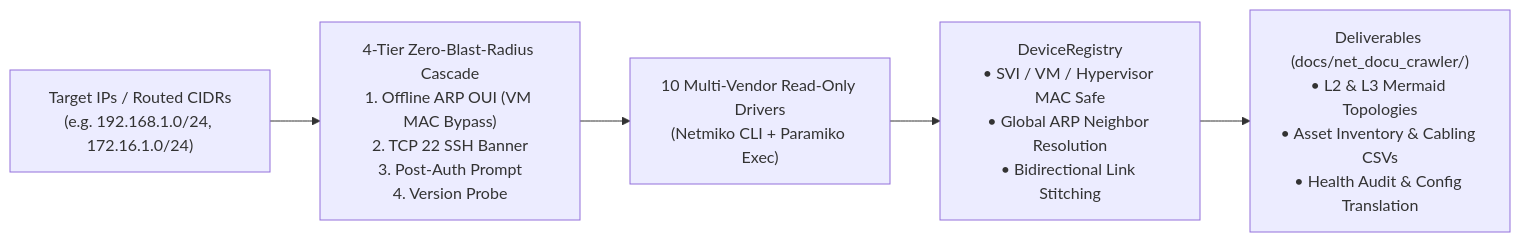
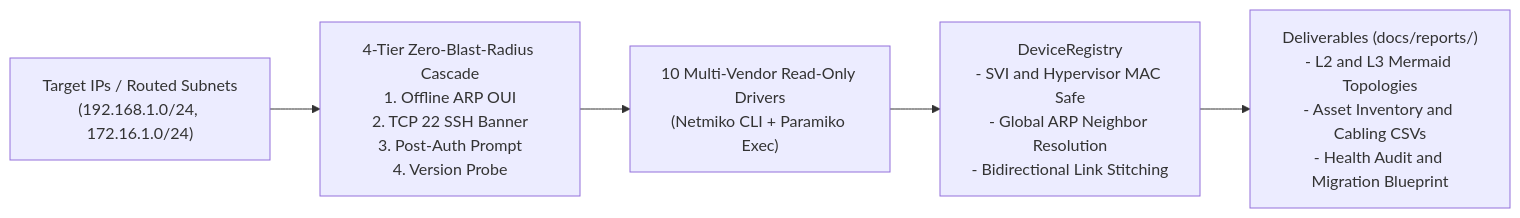
One commit to leifdavisson/net-docu-crawler changed the diagram in README.md. Above: the diagram before and after it, drawn with Mermaid. The commit also changed other lines of this file and 11 other files, not shown here.

Commit message:
docs: fix GitHub README Mermaid rendering, remove redundant self-links, and expand Junior Operator Playbook

````diff
--- a/README.md
+++ b/README.md
@@ -28,7 +26,13 @@
 ```mermaid
 flowchart LR
-    Targets["Target IPs / Routed CIDRs<br/>(e.g. 192.168.1.0/24, 172.16.1.0/24)"] --> Cascade["4-Tier Zero-Blast-Radius Cascade<br/>1. Offline ARP OUI (VM MAC Bypass)<br/>2. TCP 22 SSH Banner<br/>3. Post-Auth Prompt<br/>4. Version Probe"]
-    Cascade --> Drivers["10 Multi-Vendor Read-Only Drivers<br/>(Netmiko CLI + Paramiko Exec)"]
-    Drivers --> Registry["DeviceRegistry<br/>• SVI / VM / Hypervisor MAC Safe<br/>• Global ARP Neighbor Resolution<br/>• Bidirectional Link Stitching"]
-    Registry --> Reports["Deliverables (docs/net_docu_crawler/)<br/>• L2 & L3 Mermaid Topologies<br/>• Asset Inventory & Cabling CSVs<br/>• Health Audit & Config Translation"]
+    Targets["Target IPs / Routed Subnets<br>(192.168.1.0/24, 172.16.1.0/24)"]
+    Cascade["4-Tier Zero-Blast-Radius Cascade<br>1. Offline ARP OUI<br>2. TCP 22 SSH Banner<br>3. Post-Auth Prompt<br>4. Version Probe"]
+    Drivers["10 Multi-Vendor Read-Only Drivers<br>(Netmiko CLI + Paramiko Exec)"]
+    Registry["DeviceRegistry<br>- SVI and Hypervisor MAC Safe<br>- Global ARP Neighbor Resolution<br>- Bidirectional Link Stitching"]
+    Reports["Deliverables (docs/reports/)<br>- L2 and L3 Mermaid Topologies<br>- Asset Inventory and Cabling CSVs<br>- Health Audit and Migration Blueprint"]
+
+    Targets --> Cascade
+    Cascade --> Drivers
+    Drivers --> Registry
+    Registry --> Reports
 ```
````
